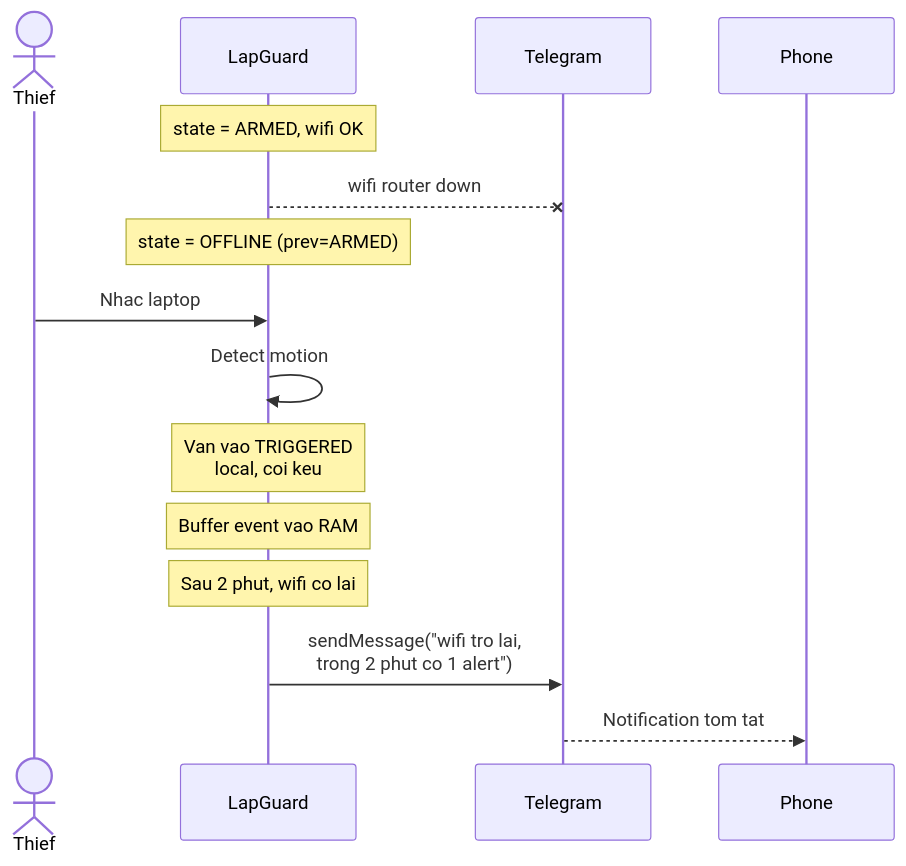
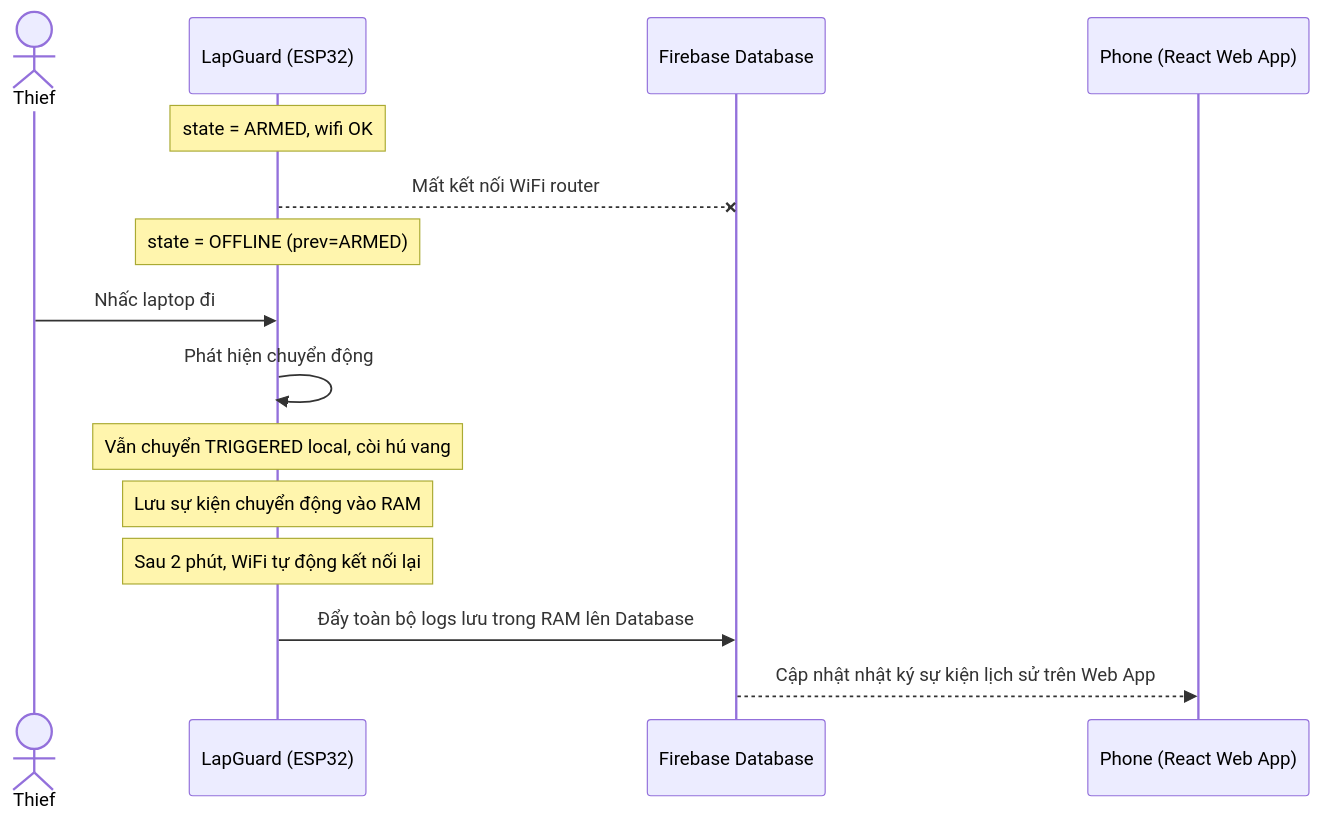
The fifth of 5 diagrams in docs/03-system-architecture.md (NHP234/AIoT), drawn with Mermaid before and after one commit. The commit also changed other lines of this file and 19 other files, not shown here.

Commit message:
feat: integrate Firebase RTDB, WiFiManager and remove Telegram/PIN auth

````diff
--- a/docs/03-system-architecture.md
+++ b/docs/03-system-architecture.md
@@ -282,18 +317,18 @@
 ```mermaid
 sequenceDiagram
     actor T as Thief
-    participant L as LapGuard
-    participant TG as Telegram
-    participant P as Phone
+    participant L as LapGuard (ESP32)
+    participant FB as Firebase Database
+    participant P as Phone (React Web App)
 
     Note over L: state = ARMED, wifi OK
-    L--xTG: wifi router down
+    L--xFB: Mất kết nối WiFi router
     Note over L: state = OFFLINE (prev=ARMED)
-    T->>L: Nhac laptop
-    L->>L: Detect motion
-    Note over L: Van vao TRIGGERED<br/>local, coi keu
-    Note over L: Buffer event vao RAM
-    Note over L: Sau 2 phut, wifi co lai
-    L->>TG: sendMessage("wifi tro lai,<br/>trong 2 phut co 1 alert")
-    TG-->>P: Notification tom tat
+    T->>L: Nhấc laptop đi
+    L->>L: Phát hiện chuyển động
+    Note over L: Vẫn chuyển TRIGGERED local, còi hú vang
+    Note over L: Lưu sự kiện chuyển động vào RAM
+    Note over L: Sau 2 phút, WiFi tự động kết nối lại
+    L->>FB: Đẩy toàn bộ logs lưu trong RAM lên Database
+    FB-->>P: Cập nhật nhật ký sự kiện lịch sử trên Web App
 ```
````
